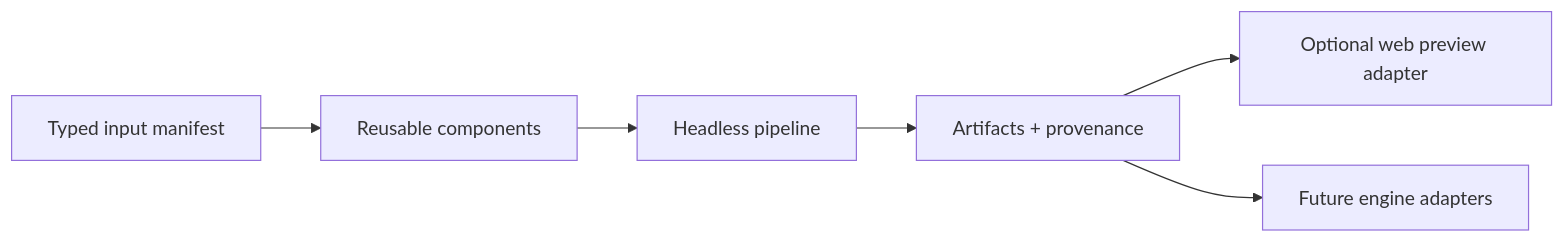
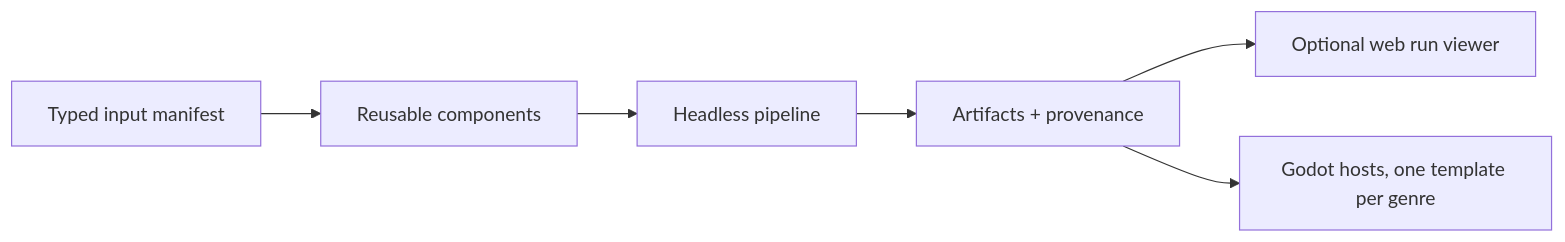
The diagram in docs/spec/system-overview.md (softmarshmallow/stage-gen), drawn with Mermaid before and after one commit. The commit also changed other lines of this file and 34 other files, not shown here.

````diff
--- a/docs/spec/system-overview.md
+++ b/docs/spec/system-overview.md
@@ -11,8 +11,8 @@
 ```mermaid
 flowchart LR
     I["Typed input manifest"] --> C["Reusable components"]
     C --> P["Headless pipeline"]
     P --> A["Artifacts + provenance"]
-    A --> W["Optional web preview adapter"]
-    A --> E["Future engine adapters"]
+    A --> W["Optional web run viewer"]
+    A --> E["Godot hosts, one template per genre"]
 ```
````
